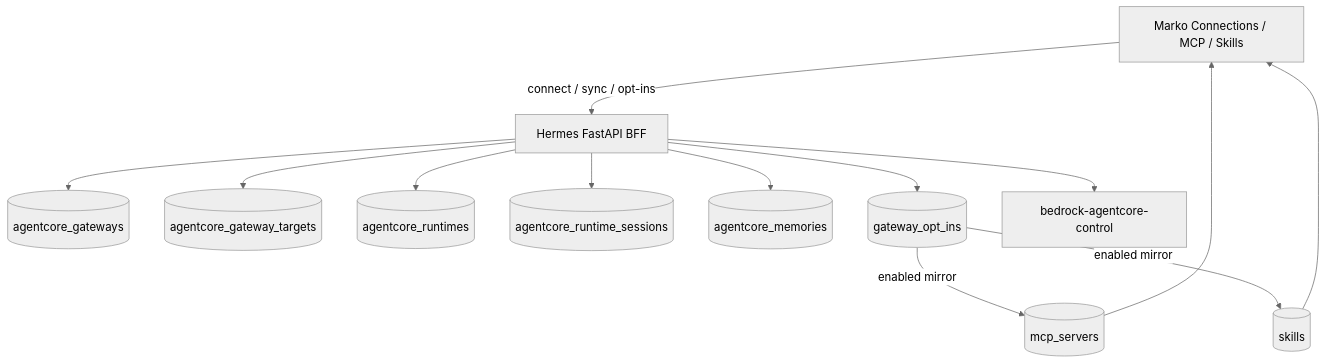
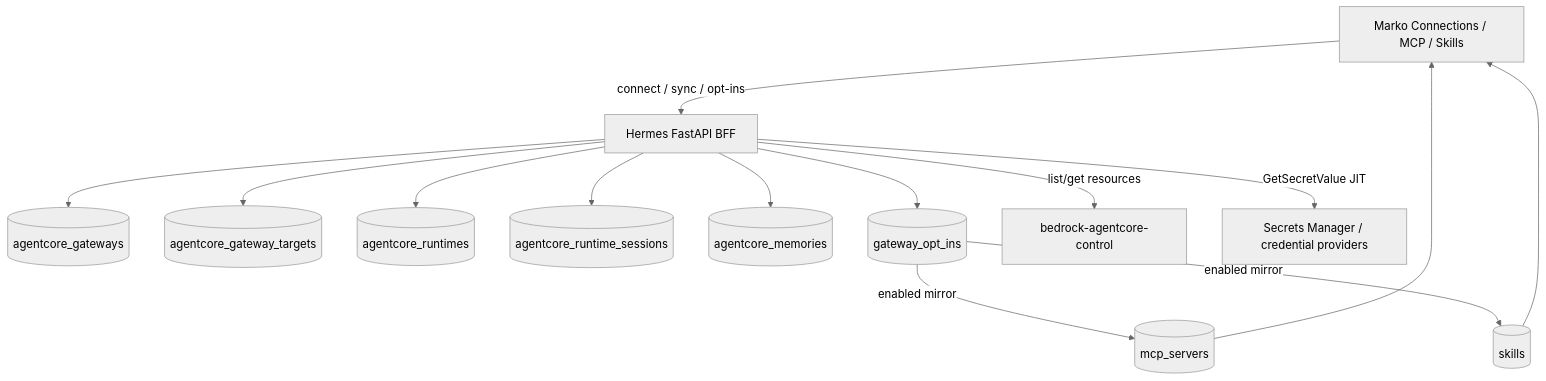
The diagram in docs/marko-ui-features/BEDROCK_AGENTCORE_INTEGRATION.md (dineshreddymeka/agent-marko-hermes), drawn with Mermaid (neutral theme) before and after one commit. The commit also changed other lines of this file, not shown here.

First line of the commit message:
docs: resolve AgentCore secrets JIT via AWS Secrets Manager

````diff
--- a/docs/marko-ui-features/BEDROCK_AGENTCORE_INTEGRATION.md
+++ b/docs/marko-ui-features/BEDROCK_AGENTCORE_INTEGRATION.md
@@ -27,27 +29,29 @@
 ```mermaid
 flowchart TB
   Marko[Marko Connections / MCP / Skills]
   Hermes[Hermes FastAPI BFF]
   GWTbl[(agentcore_gateways)]
   TgtTbl[(agentcore_gateway_targets)]
   RtTbl[(agentcore_runtimes)]
   SessTbl[(agentcore_runtime_sessions)]
   MemTbl[(agentcore_memories)]
   OptIn[(gateway_opt_ins)]
   McpDB[(mcp_servers)]
   SkillsDB[(skills)]
-  AWS[bedrock-agentcore-control]
+  Control[bedrock-agentcore-control]
+  SM[Secrets Manager / credential providers]
 
   Marko -->|"connect / sync / opt-ins"| Hermes
-  Hermes --> AWS
+  Hermes -->|"list/get resources"| Control
+  Hermes -->|"GetSecretValue JIT"| SM
   Hermes --> GWTbl
   Hermes --> TgtTbl
   Hermes --> RtTbl
   Hermes --> SessTbl
   Hermes --> MemTbl
   Hermes --> OptIn
   OptIn -->|"enabled mirror"| McpDB
   OptIn -->|"enabled mirror"| SkillsDB
   McpDB --> Marko
   SkillsDB --> Marko
 ```
````
